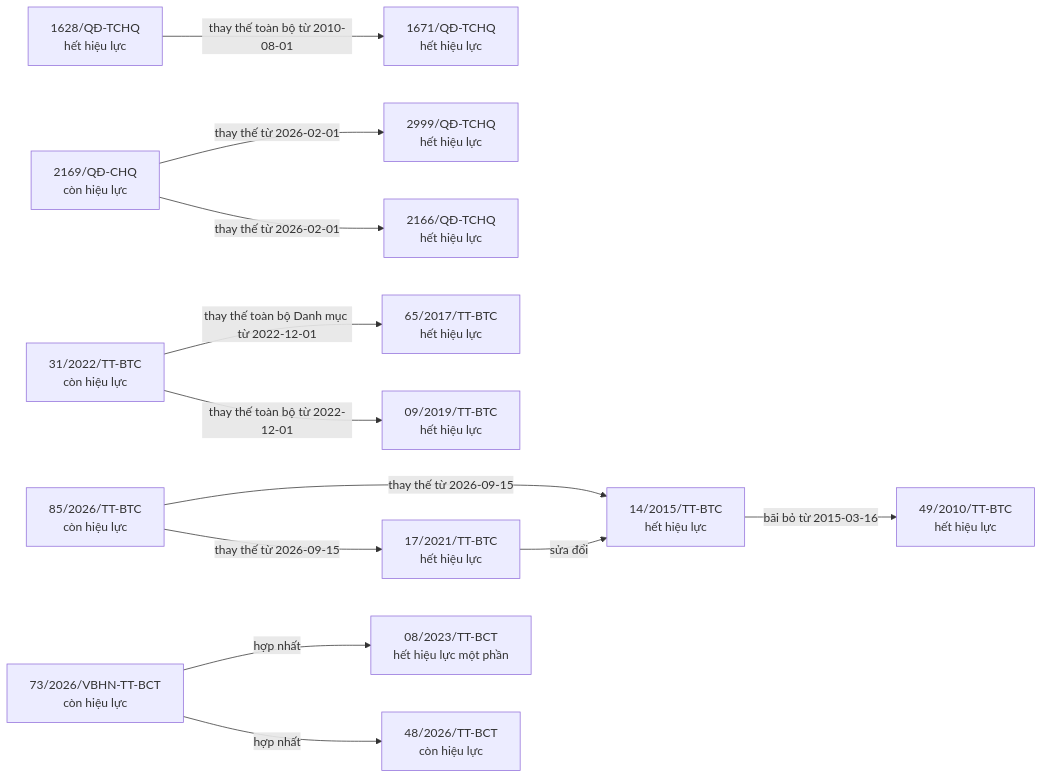
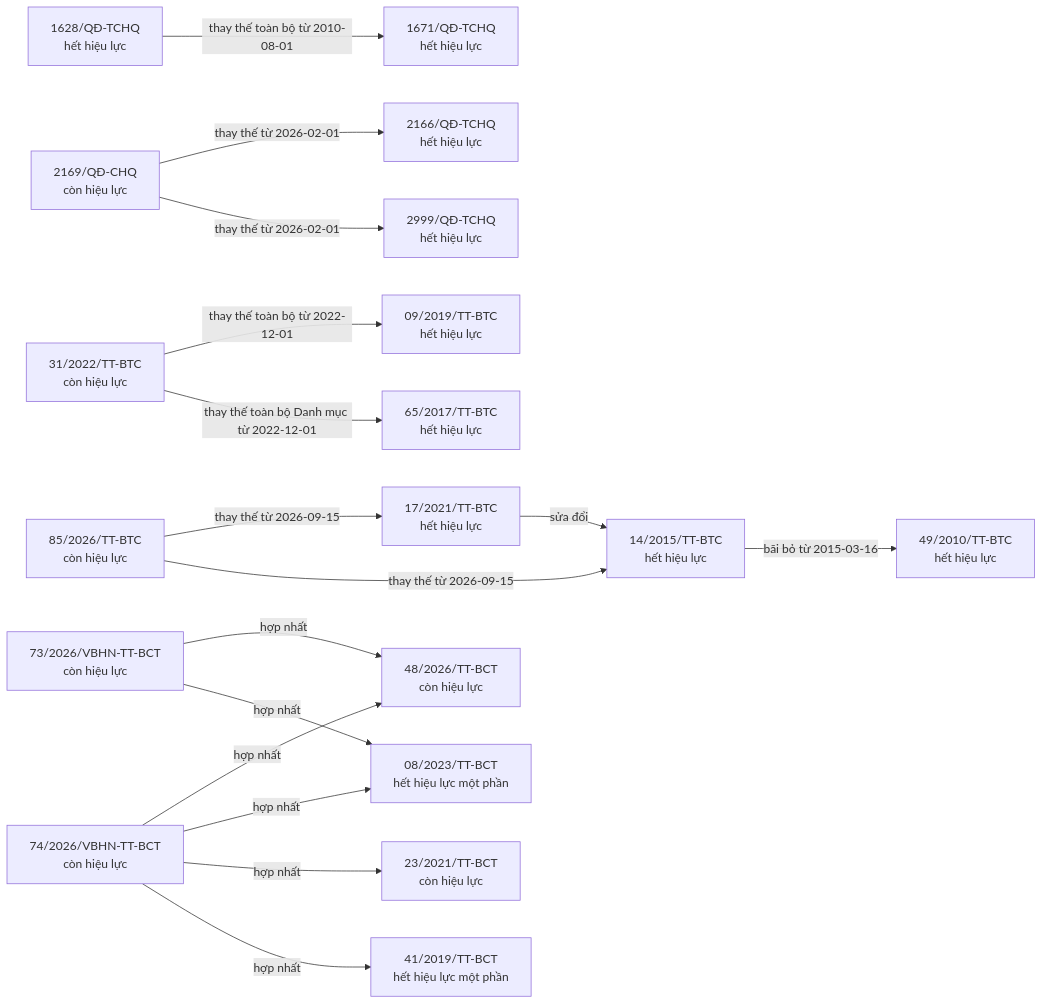
One commit to ozvietnam/oz-wiki-plhq changed the fourth of 9 diagrams in bao-cao/quan-he.md. Above: the diagram before and after it, drawn with Mermaid. The commit also changed other lines of this file and 5 other files, not shown here.

````diff
--- a/bao-cao/quan-he.md
+++ b/bao-cao/quan-he.md
@@ -391,29 +398,36 @@
 ```mermaid
 flowchart LR
   n_14_2015_TT_BTC["14/2015/TT-BTC<br/>hết hiệu lực"]
   n_49_2010_TT_BTC["49/2010/TT-BTC<br/>hết hiệu lực"]
   n_1628_Q__TCHQ["1628/QĐ-TCHQ<br/>hết hiệu lực"]
   n_1671_Q__TCHQ["1671/QĐ-TCHQ<br/>hết hiệu lực"]
   n_17_2021_TT_BTC["17/2021/TT-BTC<br/>hết hiệu lực"]
   n_2169_Q__CHQ["2169/QĐ-CHQ<br/>còn hiệu lực"]
   n_2999_Q__TCHQ["2999/QĐ-TCHQ<br/>hết hiệu lực"]
   n_2166_Q__TCHQ["2166/QĐ-TCHQ<br/>hết hiệu lực"]
   n_31_2022_TT_BTC["31/2022/TT-BTC<br/>còn hiệu lực"]
   n_65_2017_TT_BTC["65/2017/TT-BTC<br/>hết hiệu lực"]
   n_09_2019_TT_BTC["09/2019/TT-BTC<br/>hết hiệu lực"]
   n_73_2026_VBHN_TT_BCT["73/2026/VBHN-TT-BCT<br/>còn hiệu lực"]
   n_08_2023_TT_BCT["08/2023/TT-BCT<br/>hết hiệu lực một phần"]
   n_48_2026_TT_BCT["48/2026/TT-BCT<br/>còn hiệu lực"]
+  n_74_2026_VBHN_TT_BCT["74/2026/VBHN-TT-BCT<br/>còn hiệu lực"]
+  n_41_2019_TT_BCT["41/2019/TT-BCT<br/>hết hiệu lực một phần"]
+  n_23_2021_TT_BCT["23/2021/TT-BCT<br/>còn hiệu lực"]
   n_85_2026_TT_BTC["85/2026/TT-BTC<br/>còn hiệu lực"]
   n_14_2015_TT_BTC -->|bãi bỏ từ 2015-03-16| n_49_2010_TT_BTC
   n_1628_Q__TCHQ -->|thay thế toàn bộ từ 2010-08-01| n_1671_Q__TCHQ
   n_17_2021_TT_BTC -->|sửa đổi| n_14_2015_TT_BTC
   n_2169_Q__CHQ -->|thay thế từ 2026-02-01| n_2999_Q__TCHQ
   n_2169_Q__CHQ -->|thay thế từ 2026-02-01| n_2166_Q__TCHQ
   n_31_2022_TT_BTC -->|thay thế toàn bộ Danh mục từ 2022-12-01| n_65_2017_TT_BTC
   n_31_2022_TT_BTC -->|thay thế toàn bộ từ 2022-12-01| n_09_2019_TT_BTC
   n_73_2026_VBHN_TT_BCT -->|hợp nhất| n_08_2023_TT_BCT
   n_73_2026_VBHN_TT_BCT -->|hợp nhất| n_48_2026_TT_BCT
+  n_74_2026_VBHN_TT_BCT -->|hợp nhất| n_41_2019_TT_BCT
+  n_74_2026_VBHN_TT_BCT -->|hợp nhất| n_23_2021_TT_BCT
+  n_74_2026_VBHN_TT_BCT -->|hợp nhất| n_08_2023_TT_BCT
+  n_74_2026_VBHN_TT_BCT -->|hợp nhất| n_48_2026_TT_BCT
   n_85_2026_TT_BTC -->|thay thế từ 2026-09-15| n_14_2015_TT_BTC
   n_85_2026_TT_BTC -->|thay thế từ 2026-09-15| n_17_2021_TT_BTC
 ```
````
